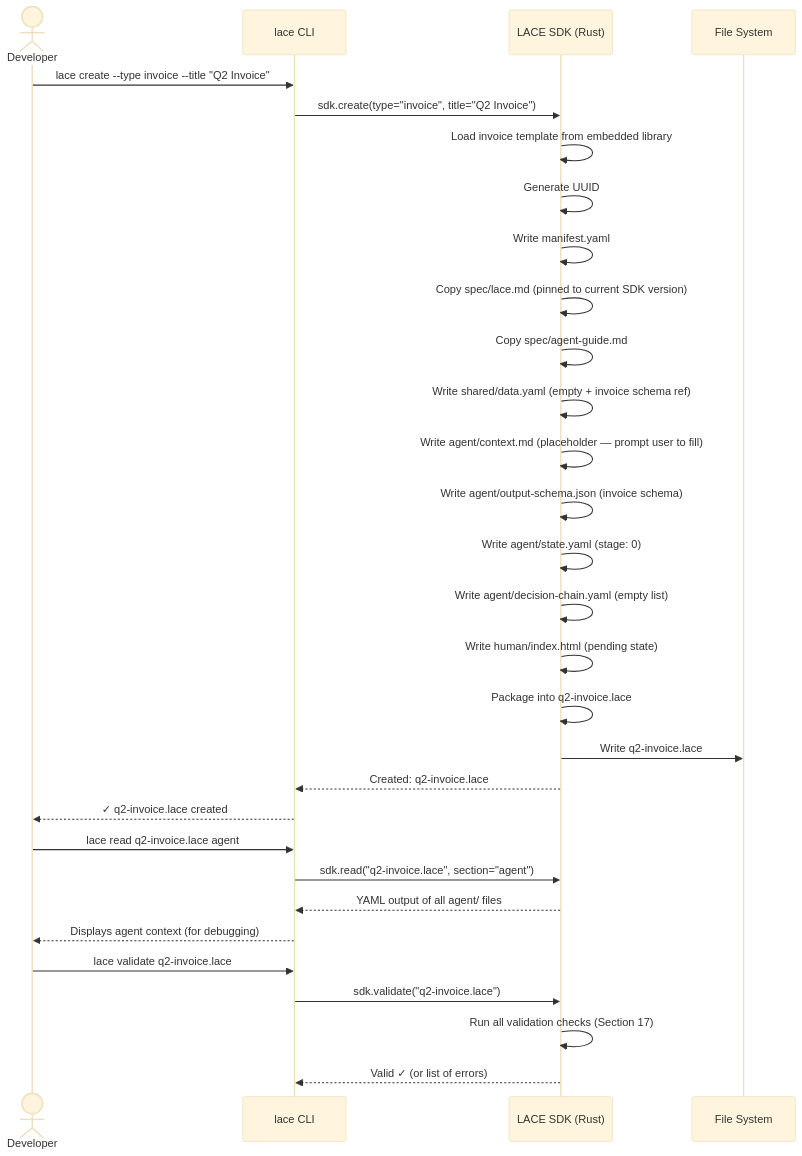
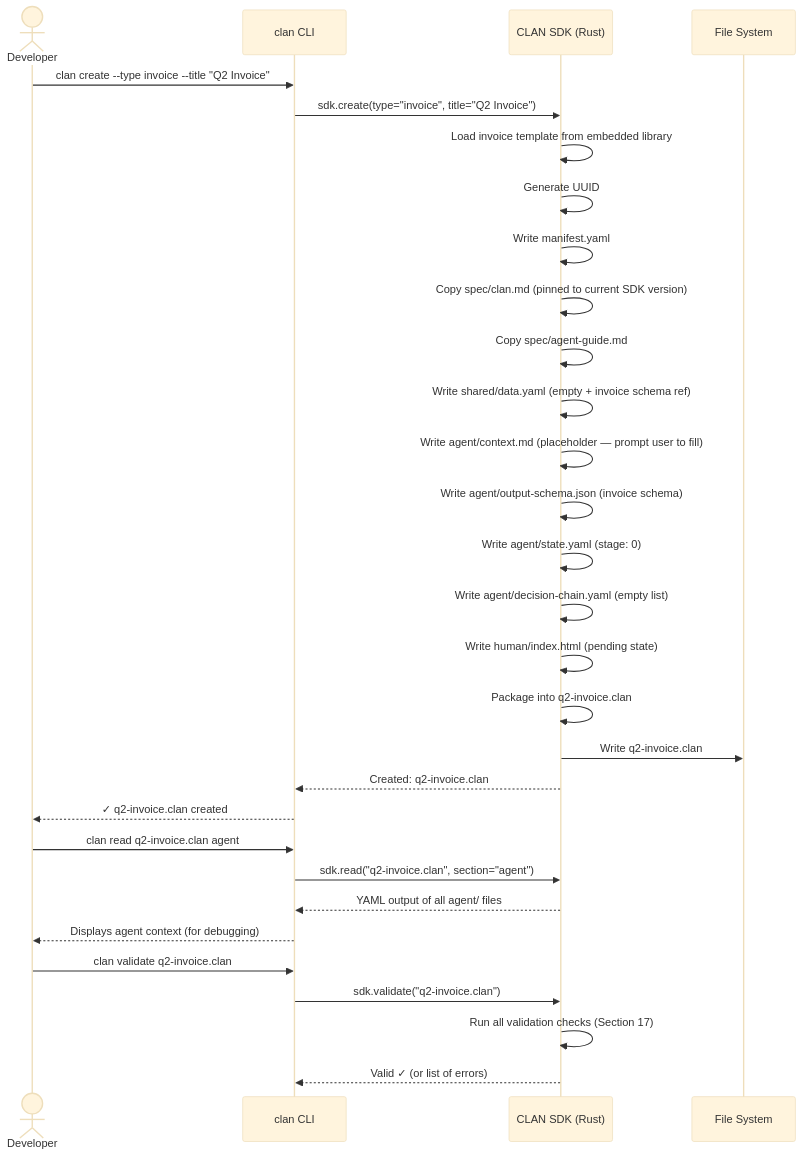
One commit to batunii/napkin-os changed the eighth of 8 diagrams in SEQUENCE-DIAGRAMS.md. Above: the diagram before and after it, drawn with Mermaid (base theme). The commit also changed other lines of this file and 7 other files, not shown here.

First line of the commit message:
Rename LACE → CLAN throughout

````diff
--- a/SEQUENCE-DIAGRAMS.md
+++ b/SEQUENCE-DIAGRAMS.md
@@ -371,37 +371,37 @@
 ```mermaid
 sequenceDiagram
     actor Dev as Developer
-    participant CLI as lace CLI
-    participant SDK as LACE SDK (Rust)
+    participant CLI as clan CLI
+    participant SDK as CLAN SDK (Rust)
     participant FS as File System
 
-    Dev->>CLI: lace create --type invoice --title "Q2 Invoice"
+    Dev->>CLI: clan create --type invoice --title "Q2 Invoice"
 
     CLI->>SDK: sdk.create(type="invoice", title="Q2 Invoice")
     SDK->>SDK: Load invoice template from embedded library
     SDK->>SDK: Generate UUID
     SDK->>SDK: Write manifest.yaml
-    SDK->>SDK: Copy spec/lace.md (pinned to current SDK version)
+    SDK->>SDK: Copy spec/clan.md (pinned to current SDK version)
     SDK->>SDK: Copy spec/agent-guide.md
     SDK->>SDK: Write shared/data.yaml (empty + invoice schema ref)
     SDK->>SDK: Write agent/context.md (placeholder — prompt user to fill)
     SDK->>SDK: Write agent/output-schema.json (invoice schema)
     SDK->>SDK: Write agent/state.yaml (stage: 0)
     SDK->>SDK: Write agent/decision-chain.yaml (empty list)
     SDK->>SDK: Write human/index.html (pending state)
-    SDK->>SDK: Package into q2-invoice.lace
+    SDK->>SDK: Package into q2-invoice.clan
 
-    SDK->>FS: Write q2-invoice.lace
-    SDK-->>CLI: Created: q2-invoice.lace
+    SDK->>FS: Write q2-invoice.clan
+    SDK-->>CLI: Created: q2-invoice.clan
 
-    CLI-->>Dev: ✓ q2-invoice.lace created
-    Dev->>CLI: lace read q2-invoice.lace agent
-    CLI->>SDK: sdk.read("q2-invoice.lace", section="agent")
+    CLI-->>Dev: ✓ q2-invoice.clan created
+    Dev->>CLI: clan read q2-invoice.clan agent
+    CLI->>SDK: sdk.read("q2-invoice.clan", section="agent")
     SDK-->>CLI: YAML output of all agent/ files
     CLI-->>Dev: Displays agent context (for debugging)
 
-    Dev->>CLI: lace validate q2-invoice.lace
-    CLI->>SDK: sdk.validate("q2-invoice.lace")
+    Dev->>CLI: clan validate q2-invoice.clan
+    CLI->>SDK: sdk.validate("q2-invoice.clan")
     SDK->>SDK: Run all validation checks (Section 17)
     SDK-->>CLI: Valid ✓ (or list of errors)
 ```
````
